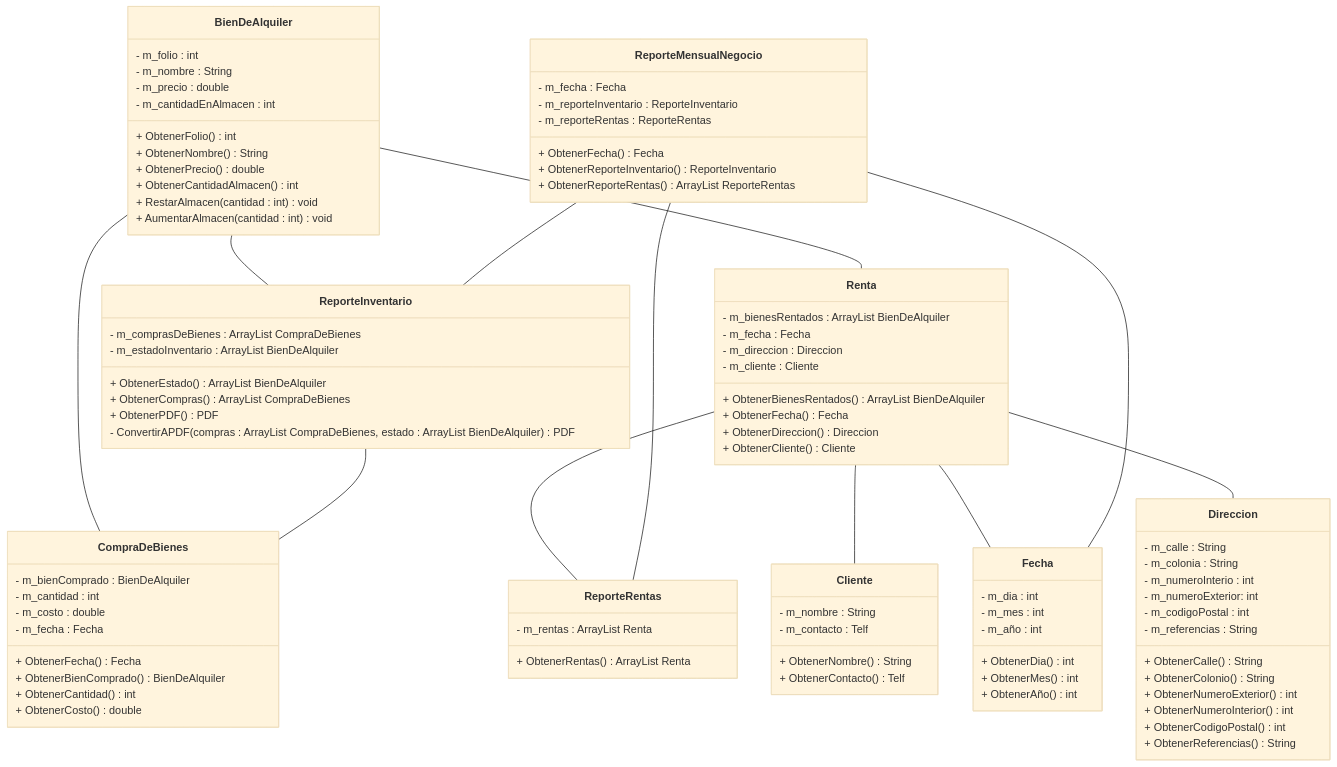
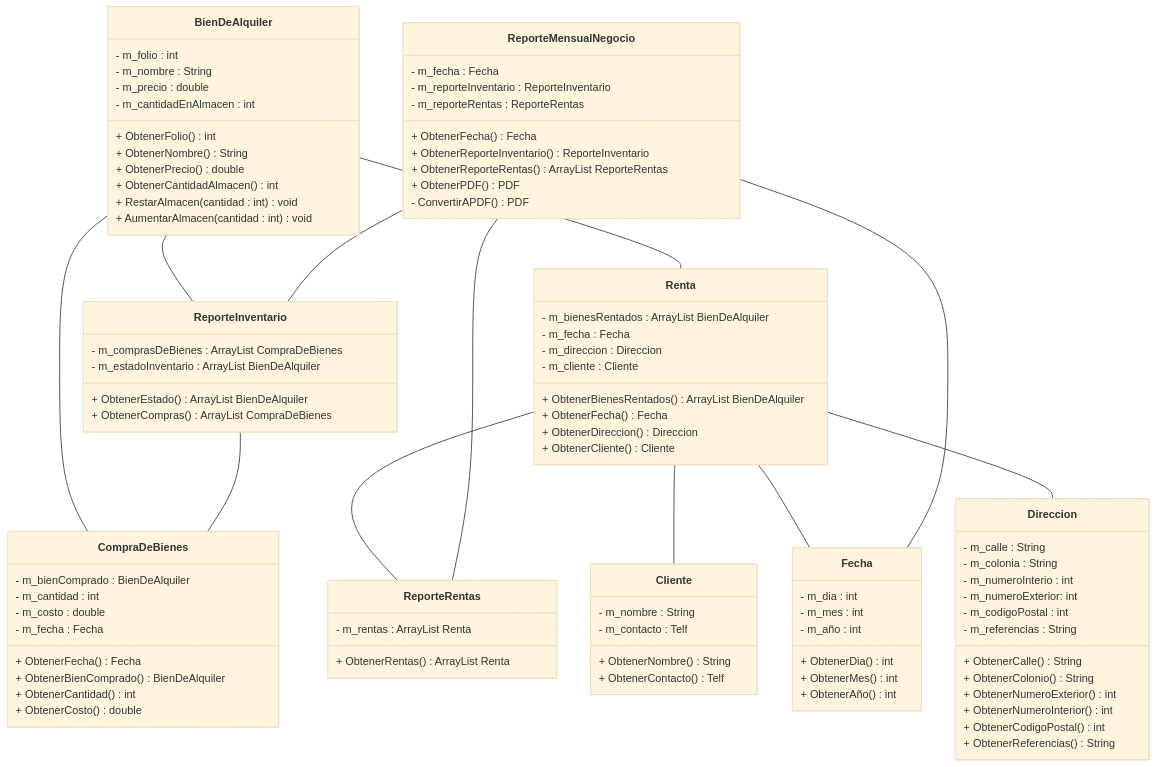
The diagram in Documentacion/Diagramas/DiagramaDeClases.mmd (JuanJoseVargasArvizu/ProyectoPromotoraEventos), drawn with Mermaid (base theme) before and after one commit.

Commit message:
Pequeño Cambio a clases ReporteMensualInventario y ReporteMensualNegocio

```diff
--- a/Documentacion/Diagramas/DiagramaDeClases.mmd
+++ b/Documentacion/Diagramas/DiagramaDeClases.mmd
@@ -1,103 +1,104 @@
 classDiagram
 
 BienDeAlquiler -- ReporteInventario
 BienDeAlquiler -- CompraDeBienes
 BienDeAlquiler -- Renta
 Renta -- ReporteRentas
 Renta -- Cliente
 Renta -- Fecha
 Renta -- Direccion
 ReporteInventario -- CompraDeBienes
 ReporteMensualNegocio -- ReporteInventario
 ReporteMensualNegocio -- ReporteRentas
 ReporteMensualNegocio -- Fecha
 
 
 class BienDeAlquiler{
     - m_folio : int
     - m_nombre : String
     - m_precio : double
     - m_cantidadEnAlmacen : int
     + ObtenerFolio() int
     + ObtenerNombre() String
     + ObtenerPrecio() double
     + ObtenerCantidadAlmacen() int
     + RestarAlmacen(cantidad : int) void
     + AumentarAlmacen(cantidad : int) void
 }
 
 class CompraDeBienes{
     - m_bienComprado : BienDeAlquiler
     - m_cantidad : int
     - m_costo : double
     - m_fecha : Fecha
     + ObtenerFecha() Fecha
     + ObtenerBienComprado() BienDeAlquiler 
     + ObtenerCantidad() int
     + ObtenerCosto() double
 }
 
 class ReporteMensualNegocio{
     - m_fecha : Fecha
     - m_reporteInventario : ReporteInventario
     - m_reporteRentas : ReporteRentas
     + ObtenerFecha() Fecha
     + ObtenerReporteInventario() ReporteInventario
     + ObtenerReporteRentas() ArrayList ReporteRentas
+    + ObtenerPDF() PDF
+    - ConvertirAPDF() PDF
+
 }
 
 class ReporteInventario{
     - m_comprasDeBienes : ArrayList CompraDeBienes
     - m_estadoInventario : ArrayList BienDeAlquiler
     + ObtenerEstado() ArrayList BienDeAlquiler
     + ObtenerCompras() ArrayList CompraDeBienes
-    + ObtenerPDF() PDF
-    - ConvertirAPDF(compras : ArrayList CompraDeBienes, estado : ArrayList BienDeAlquiler) PDF
 }
 
 class ReporteRentas{
     - m_rentas : ArrayList Renta
     + ObtenerRentas() ArrayList Renta
 }
 
 class Renta{
     - m_bienesRentados : ArrayList BienDeAlquiler
     - m_fecha : Fecha
     - m_direccion : Direccion
     - m_cliente : Cliente
     + ObtenerBienesRentados() ArrayList BienDeAlquiler
     + ObtenerFecha() Fecha
     + ObtenerDireccion() Direccion
     + ObtenerCliente() Cliente
 }
 
 class Cliente{
     - m_nombre : String
     - m_contacto : Telf
     + ObtenerNombre() String
     + ObtenerContacto() Telf
 }
 
 class Fecha{
     - m_dia : int
     - m_mes : int
     - m_año : int
     + ObtenerDia() int
     + ObtenerMes() int
     + ObtenerAño() int
 }
 
 class Direccion{
     - m_calle : String
     - m_colonia : String
     - m_numeroInterio : int
     - m_numeroExterior: int
     - m_codigoPostal : int
     - m_referencias : String
     + ObtenerCalle() String
     + ObtenerColonio() String
     + ObtenerNumeroExterior() int
     + ObtenerNumeroInterior() int
     + ObtenerCodigoPostal() int
     + ObtenerReferencias() String
 }
```
